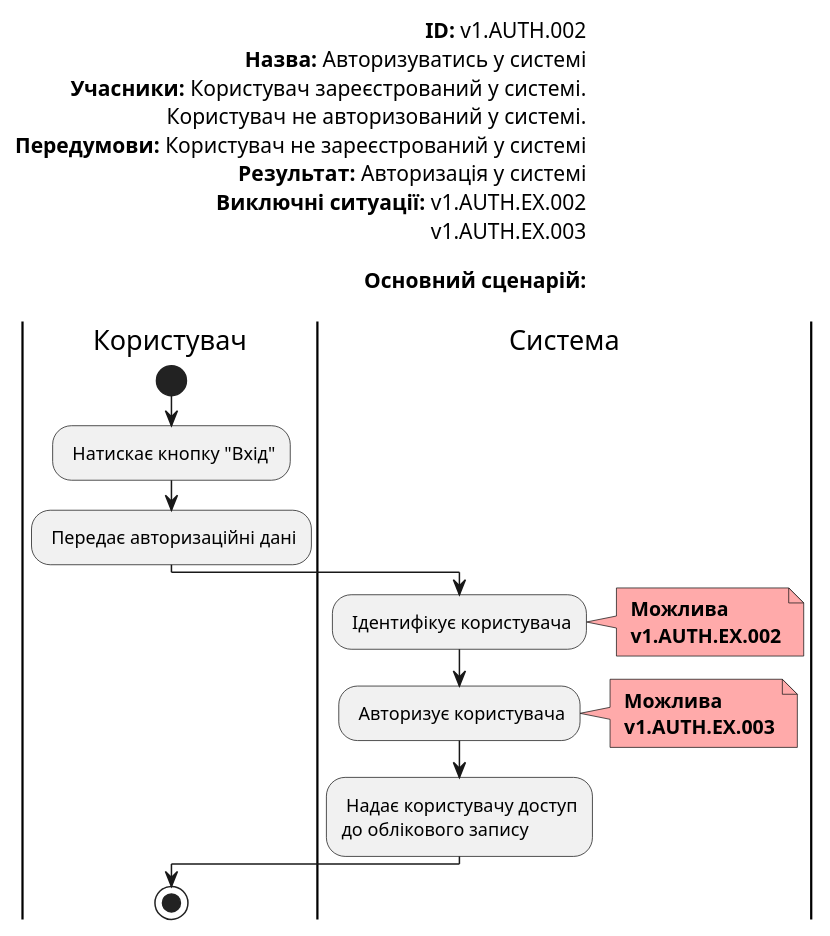
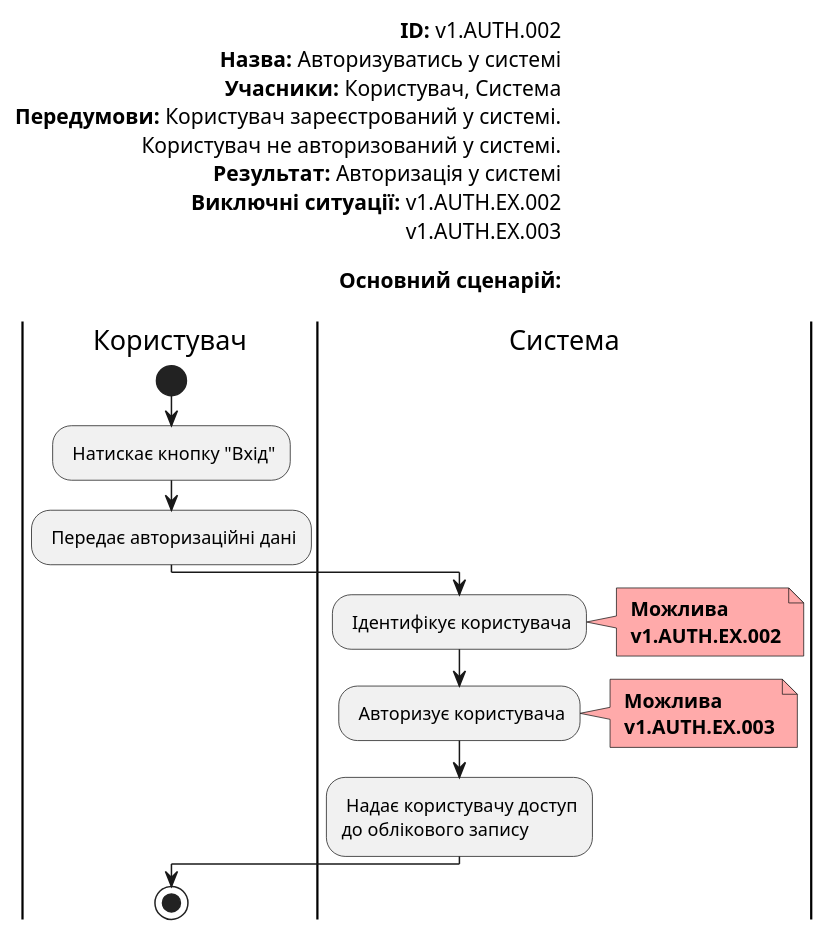
Before and after one commit to ic3top/QuizHub: the sixth of 19 diagrams in docs/use cases/README.md, drawn with PlantUML. The commit also changed other lines of this file, not shown here.

```diff
--- a/docs/use cases/README.md
+++ b/docs/use cases/README.md
@@ -54,39 +131,39 @@
 @startuml
 
     left header
         <font color=000 size=14><b>ID:</b> v1.AUTH.002
         <font color=000 size=14><b>Назва:</b> Авторизуватись у системі
-        <font color=000 size=14><b>Учасники:</b> Користувач зареєстрований у системі.
+        <font color=000 size=14><b>Учасники:</b> Користувач, Система
+        <font color=000 size=14><b>Передумови:</b> Користувач зареєстрований у системі.
         <font color=000 size=14> Користувач не авторизований у системі.
-        <font color=000 size=14><b>Передумови:</b> Користувач не зареєстрований у системі
         <font color=000 size=14><b>Результат:</b> Авторизація у системі
         <font color=000 size=14><b>Виключні ситуації:</b> v1.AUTH.EX.002
         <font color=000 size=14> v1.AUTH.EX.003
 
         <font color=000 size=14><b>Основний сценарій:</b>
 
     end header
 
 |Користувач|
 start
 : Натискає кнопку "Вхід";
 : Передає авторизаційні дані;
 |Система|
 : Ідентифікує користувача;
 note right #ffaaaa
 <b> Можлива
 <b> v1.AUTH.EX.002
 end note
 
         : Авторизує користувача;
         note right #ffaaaa
         <b> Можлива
         <b> v1.AUTH.EX.003
         end note
 
         : Надає користувачу доступ
         до облікового запису;
     |Користувач|
         stop;
 
 @enduml
```
